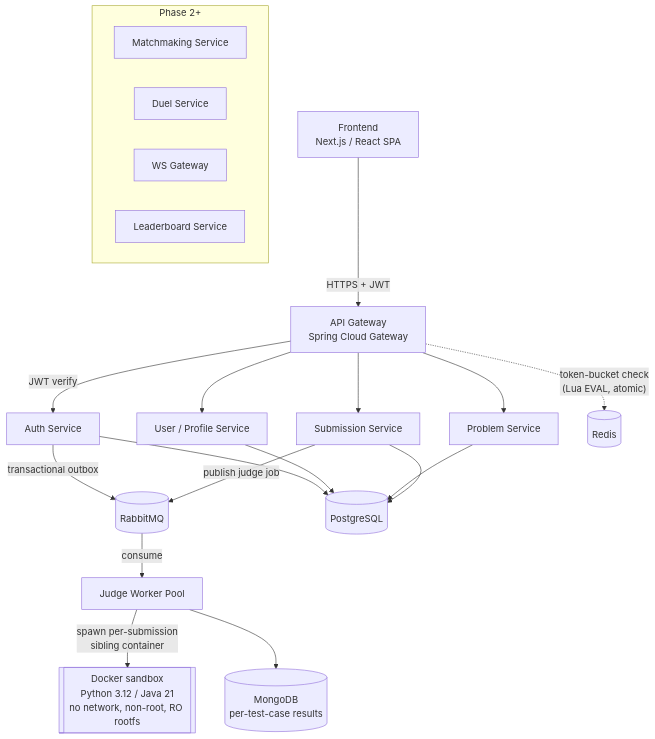
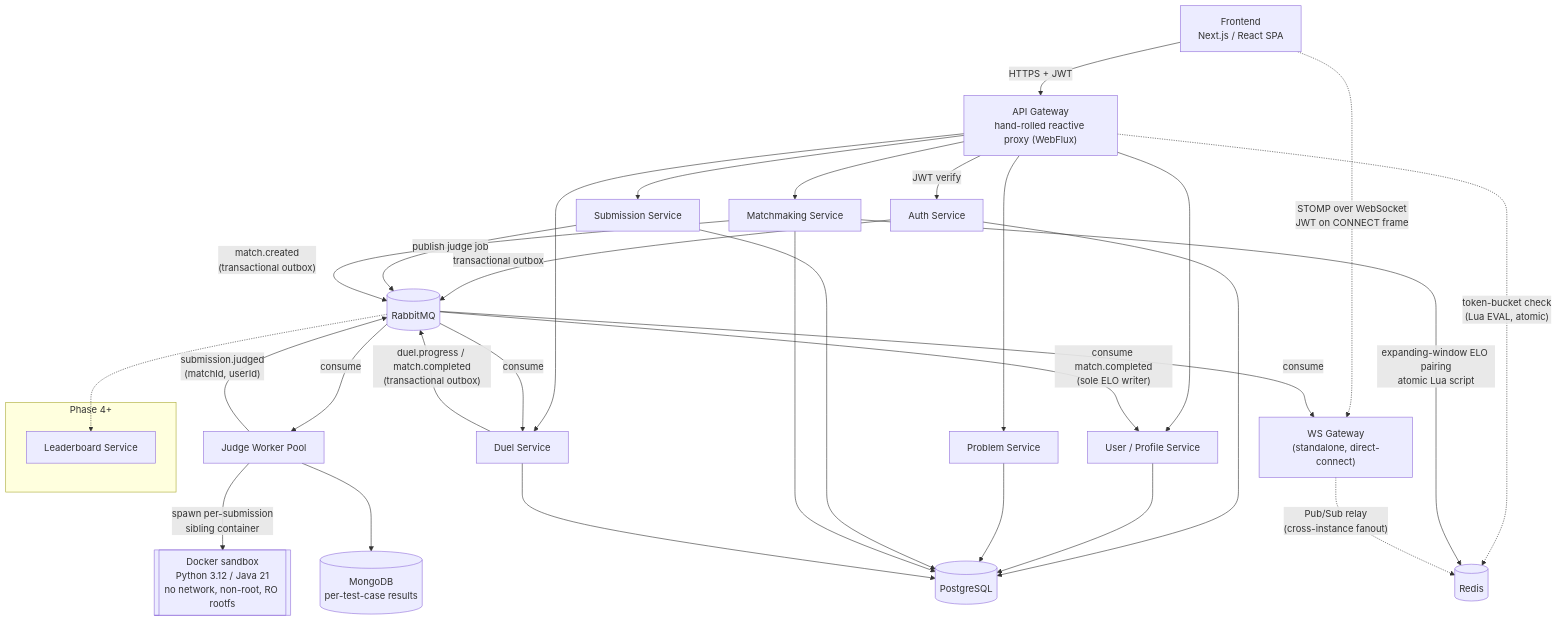
One commit to darKKnight14110/leetduel changed the diagram in README.md. Above: the diagram before and after it, drawn with Mermaid. The commit also changed other lines of this file and 9 other files, not shown here.

````diff
--- a/README.md
+++ b/README.md
@@ -17,32 +17,43 @@
 ```mermaid
 flowchart TB
     FE["Frontend<br/>Next.js / React SPA"]
 
-    FE -->|"HTTPS + JWT"| GW["API Gateway<br/>Spring Cloud Gateway"]
+    FE -->|"HTTPS + JWT"| GW["API Gateway<br/>hand-rolled reactive proxy (WebFlux)"]
+    FE -.->|"STOMP over WebSocket<br/>JWT on CONNECT frame"| WSG
 
     GW -->|"JWT verify"| AUTH["Auth Service"]
     GW --> USER["User / Profile Service"]
     GW --> PROB["Problem Service"]
     GW --> SUB["Submission Service"]
+    GW --> MATCH["Matchmaking Service"]
+    GW --> DUEL["Duel Service"]
     GW -.->|"token-bucket check<br/>(Lua EVAL, atomic)"| REDIS[("Redis")]
 
     AUTH -->|"transactional outbox"| MQ[("RabbitMQ")]
     SUB -->|"publish judge job"| MQ
     MQ -->|"consume"| JUDGE["Judge Worker Pool"]
 
     JUDGE -->|"spawn per-submission<br/>sibling container"| SANDBOX[["Docker sandbox<br/>Python 3.12 / Java 21<br/>no network, non-root, RO rootfs"]]
     JUDGE --> MONGO[("MongoDB<br/>per-test-case results")]
+    JUDGE -->|"submission.judged<br/>(matchId, userId)"| MQ
+
+    MATCH -->|"expanding-window ELO pairing<br/>atomic Lua script"| REDIS
+    MATCH -->|"match.created<br/>(transactional outbox)"| MQ
+    MQ -->|"consume"| DUEL
+    DUEL -->|"duel.progress / match.completed<br/>(transactional outbox)"| MQ
+    MQ -->|"consume"| WSG["WS Gateway<br/>(standalone, direct-connect)"]
+    MQ -->|"consume match.completed<br/>(sole ELO writer)"| USER
+    WSG -.->|"Pub/Sub relay<br/>(cross-instance fanout)"| REDIS
 
     AUTH --> PG[("PostgreSQL")]
     USER --> PG
     PROB --> PG
     SUB --> PG
+    MATCH --> PG
+    DUEL --> PG
 
-    subgraph planned [" Phase 2+ "]
-        direction LR
-        MATCH["Matchmaking Service"]
-        DUEL["Duel Service"]
-        WS["WS Gateway"]
+    subgraph planned [" Phase 4+ "]
         LEAD["Leaderboard Service"]
     end
+    MQ -.-> LEAD
 ```
````
